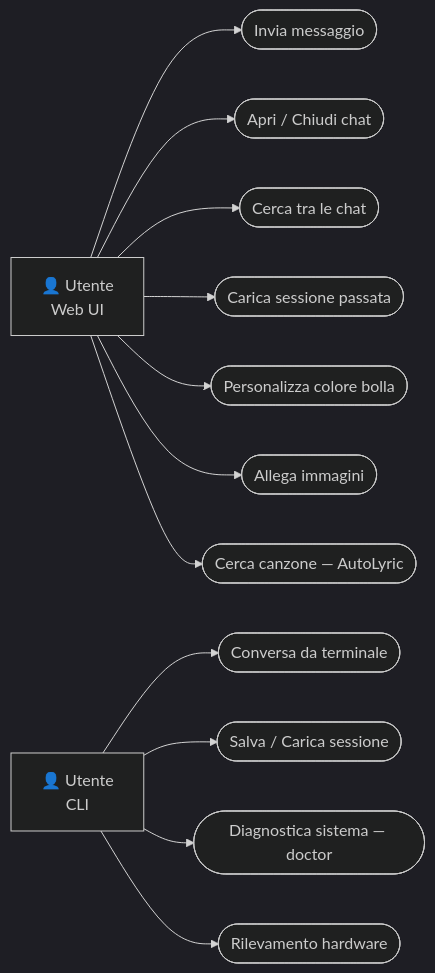
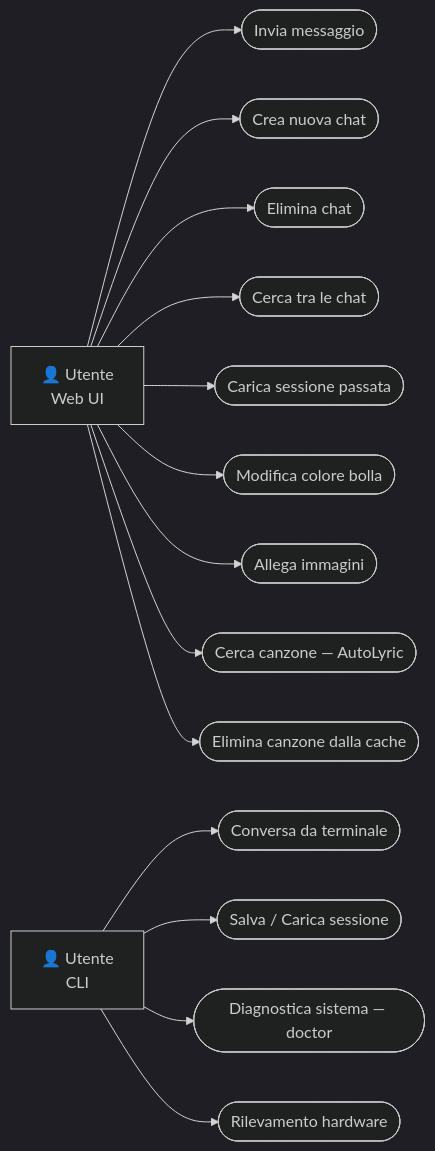
The first of 4 diagrams in REQUISITI_PROGETTO.md (AlbertoBruscoliniMain/RaxeusAI), drawn with Mermaid (dark theme) before and after one commit. The commit also changed other lines of this file, not shown here.

Commit message:
Requisiti: rimosso diagramma include/extend, aggiunti casi d'uso crea/elimina chat, modifica colore, elimina canzone cache

````diff
--- a/REQUISITI_PROGETTO.md
+++ b/REQUISITI_PROGETTO.md
@@ -209,19 +209,21 @@
 ```mermaid
 graph LR
     U1["👤 Utente\nWeb UI"]
 
     U1 --> a(["Invia messaggio"])
-    U1 --> b(["Apri / Chiudi chat"])
-    U1 --> c(["Cerca tra le chat"])
-    U1 --> d(["Carica sessione passata"])
-    U1 --> e(["Personalizza colore bolla"])
-    U1 --> f(["Allega immagini"])
-    U1 --> g(["Cerca canzone — AutoLyric"])
+    U1 --> b(["Crea nuova chat"])
+    U1 --> c(["Elimina chat"])
+    U1 --> d(["Cerca tra le chat"])
+    U1 --> e(["Carica sessione passata"])
+    U1 --> f(["Modifica colore bolla"])
+    U1 --> g(["Allega immagini"])
+    U1 --> h(["Cerca canzone — AutoLyric"])
+    U1 --> i(["Elimina canzone dalla cache"])
 
     U2["👤 Utente\nCLI"]
 
-    U2 --> h(["Conversa da terminale"])
-    U2 --> i(["Salva / Carica sessione"])
-    U2 --> j(["Diagnostica sistema — doctor"])
-    U2 --> k(["Rilevamento hardware"])
+    U2 --> j(["Conversa da terminale"])
+    U2 --> k(["Salva / Carica sessione"])
+    U2 --> l(["Diagnostica sistema — doctor"])
+    U2 --> m(["Rilevamento hardware"])
 ```
````
